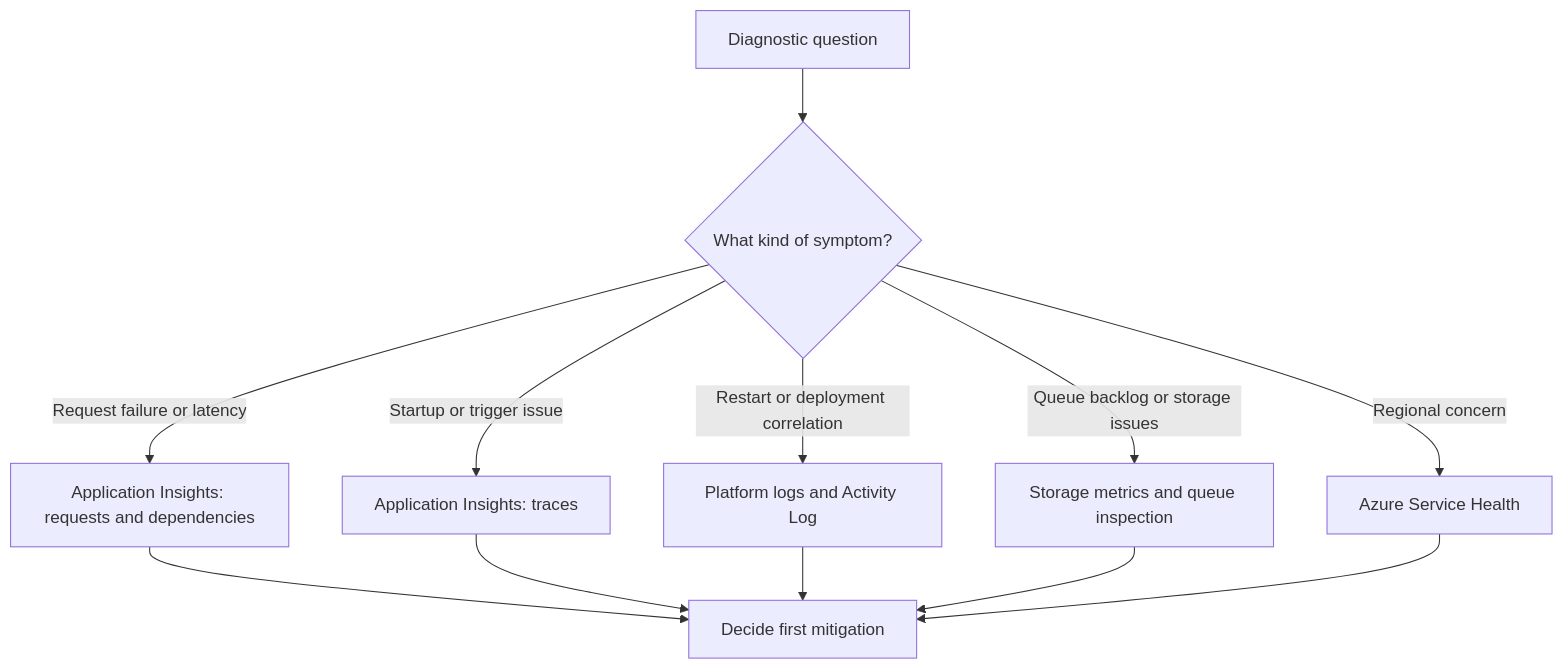
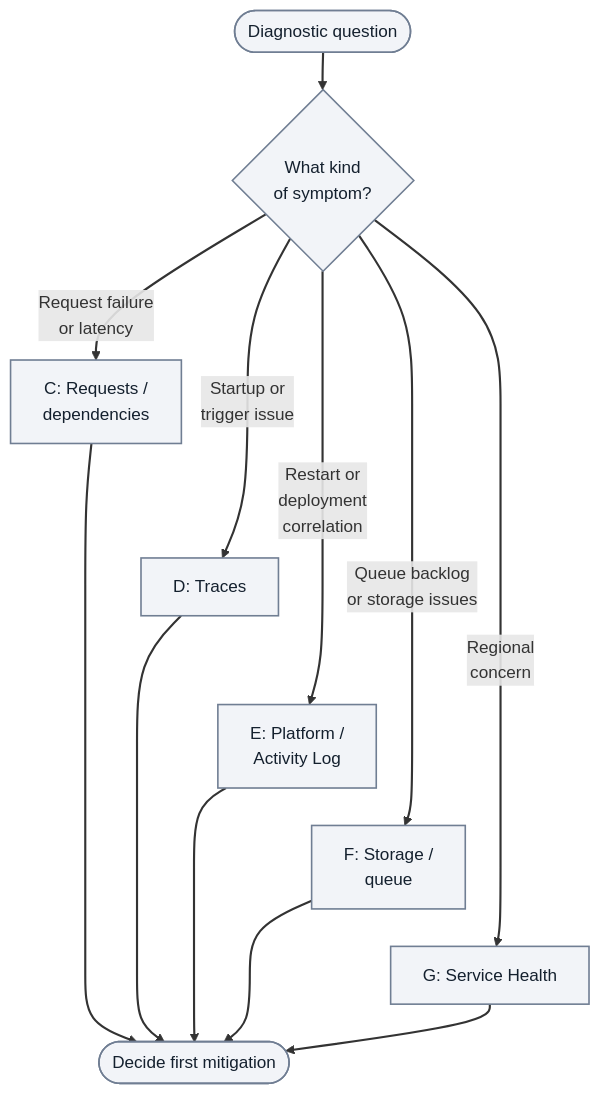
Before and after one commit to yeongseon/azure-functions-practical-guide: the diagram in docs/troubleshooting/evidence-map.md, drawn with Mermaid. The commit also changed other lines of this file and 4 other files, not shown here.

First line of the commit message:
docs(diagrams): migrate Functions troubleshooting overview — architecture components reference and decision tree and related diagnostics (#455)

````diff
--- a/docs/troubleshooting/evidence-map.md
+++ b/docs/troubleshooting/evidence-map.md
@@ -49,14 +49,25 @@
 ```mermaid
+%%{init: {'flowchart': {'nodeSpacing': 5, 'rankSpacing': 35}}}%%
 flowchart TD
-    A[Diagnostic question] --> B{What kind of symptom?}
-    B -->|Request failure or latency| C[Application Insights: requests and dependencies]
-    B -->|Startup or trigger issue| D[Application Insights: traces]
-    B -->|Restart or deployment correlation| E[Platform logs and Activity Log]
-    B -->|Queue backlog or storage issues| F[Storage metrics and queue inspection]
-    B -->|Regional concern| G[Azure Service Health]
-    C --> H[Decide first mitigation]
+    accTitle: Symptom to first evidence source
+    accDescr: Illustrative evidence lookup, not a causal classifier. Request failures or latency route to requests and dependencies; startup or trigger issues to traces; restart or deployment correlation to platform logs and Activity Log; queue backlog or storage issues to Storage metrics and queue inspection; regional concerns to Service Health. Each source leads to choosing a first mitigation. Telemetry availability depends on instrumentation and configuration.
+    A(["Diagnostic question"]) --> B{"What kind<br/>of symptom?"}
+    B -->|"Request failure<br/>or latency"| C["C: Requests /<br/>dependencies"]
+    B -->|"Startup or<br/>trigger issue"| D["D: Traces"]
+    B -->|"Restart or<br/>deployment<br/>correlation"| E["E: Platform /<br/>Activity Log"]
+    B -->|"Queue backlog<br/>or storage issues"| F["F: Storage /<br/>queue"]
+    B -->|"Regional<br/>concern"| G["G: Service Health"]
+    C --> H(["Decide first mitigation"])
     D --> H
     E --> H
     F --> H
     G --> H
+    %% Layout-only links tier alternatives; they add no diagnostic steps or arrows.
+    C ~~~ D
+    D ~~~ E
+    E ~~~ F
+    F ~~~ G
+    classDef baseNeutral fill:#f2f4f8,stroke:#707e93,stroke-width:1.5px,color:#14202e;
+    class A,B,C,D,E,F,G,H baseNeutral;
+    linkStyle default stroke-width:2px;
 ```
````
